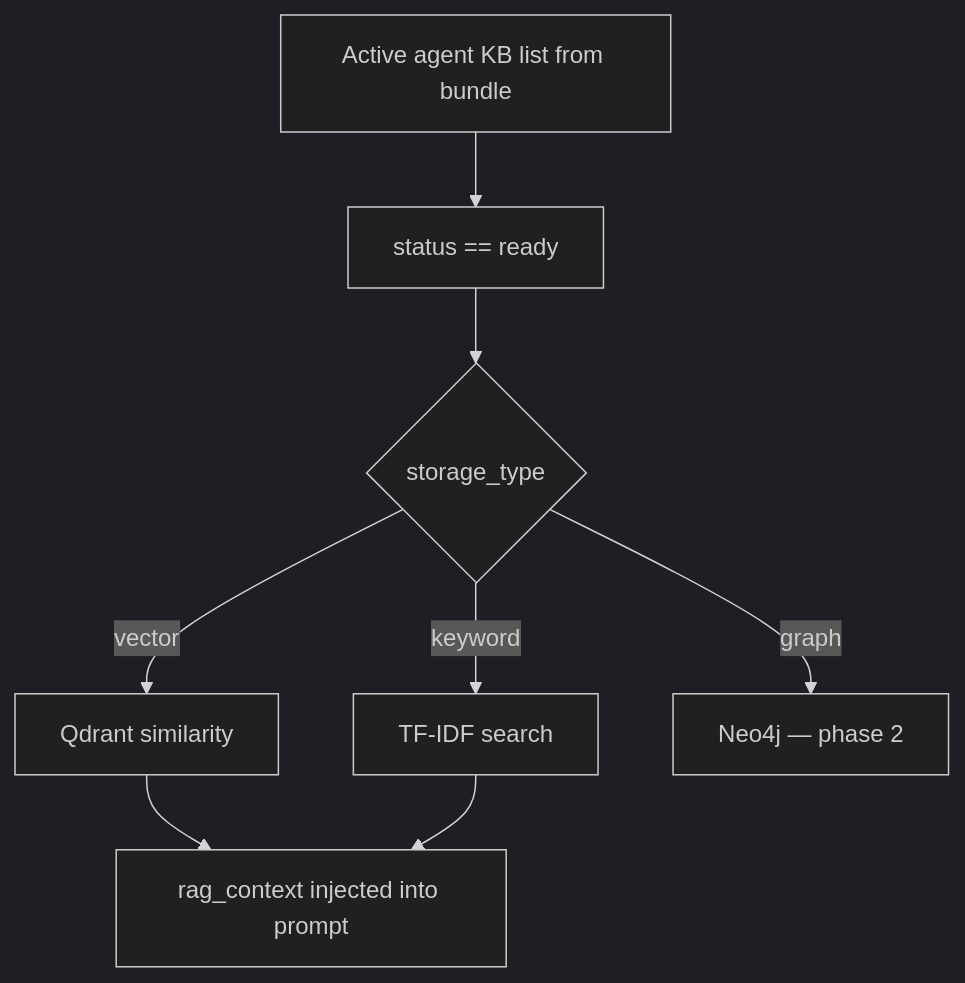
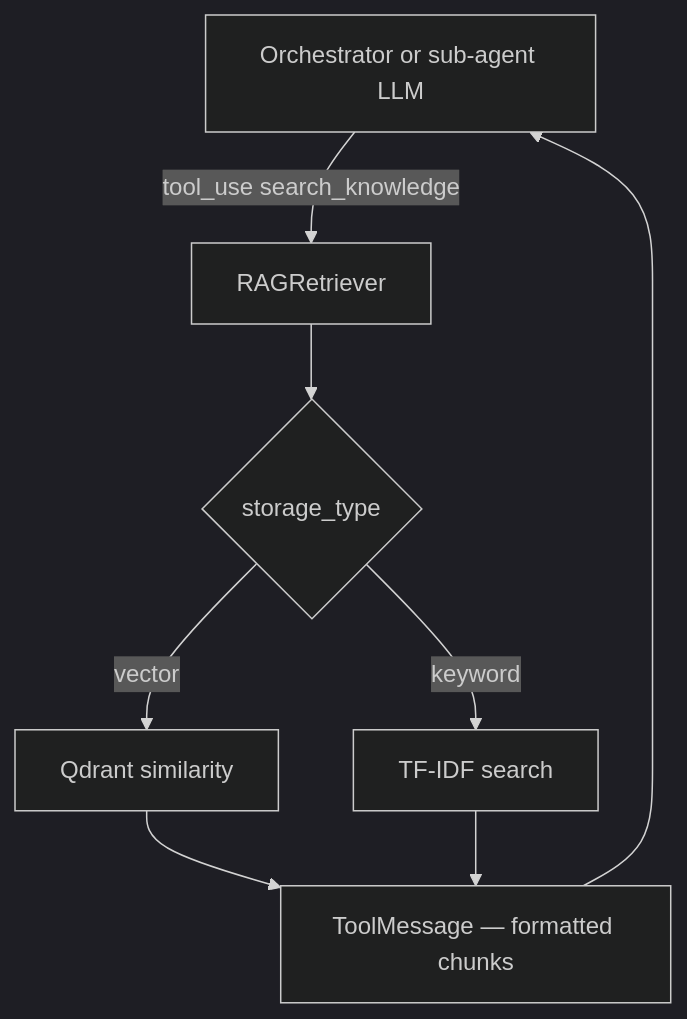
Before and after one commit to shehan-jayasinghe/bot-builder: the tenth of 13 diagrams in backend/document/chat/01-chat-completion-diagrams.md, drawn with Mermaid (dark theme). The commit also changed other lines of this file and 37 other files, not shown here.

Commit message:
feat: implement search knowledge tool and update agentic migration phases

````diff
--- a/backend/document/chat/01-chat-completion-diagrams.md
+++ b/backend/document/chat/01-chat-completion-diagrams.md
@@ -325,11 +325,11 @@
 ```mermaid
 flowchart TB
-    SCOPE[Active agent KB list from bundle]
-    SCOPE --> FILTER[status == ready]
-    FILTER --> TYPE{storage_type}
+    LLM[Orchestrator or sub-agent LLM]
+    LLM -->|tool_use search_knowledge| RET[RAGRetriever]
+    RET --> TYPE{storage_type}
     TYPE -->|vector| Q[Qdrant similarity]
     TYPE -->|keyword| T[TF-IDF search]
-    TYPE -->|graph| G[Neo4j — phase 2]
-    Q --> CTX[rag_context injected into prompt]
-    T --> CTX
+    Q --> TM[ToolMessage — formatted chunks]
+    T --> TM
+    TM --> LLM
 ```
````
